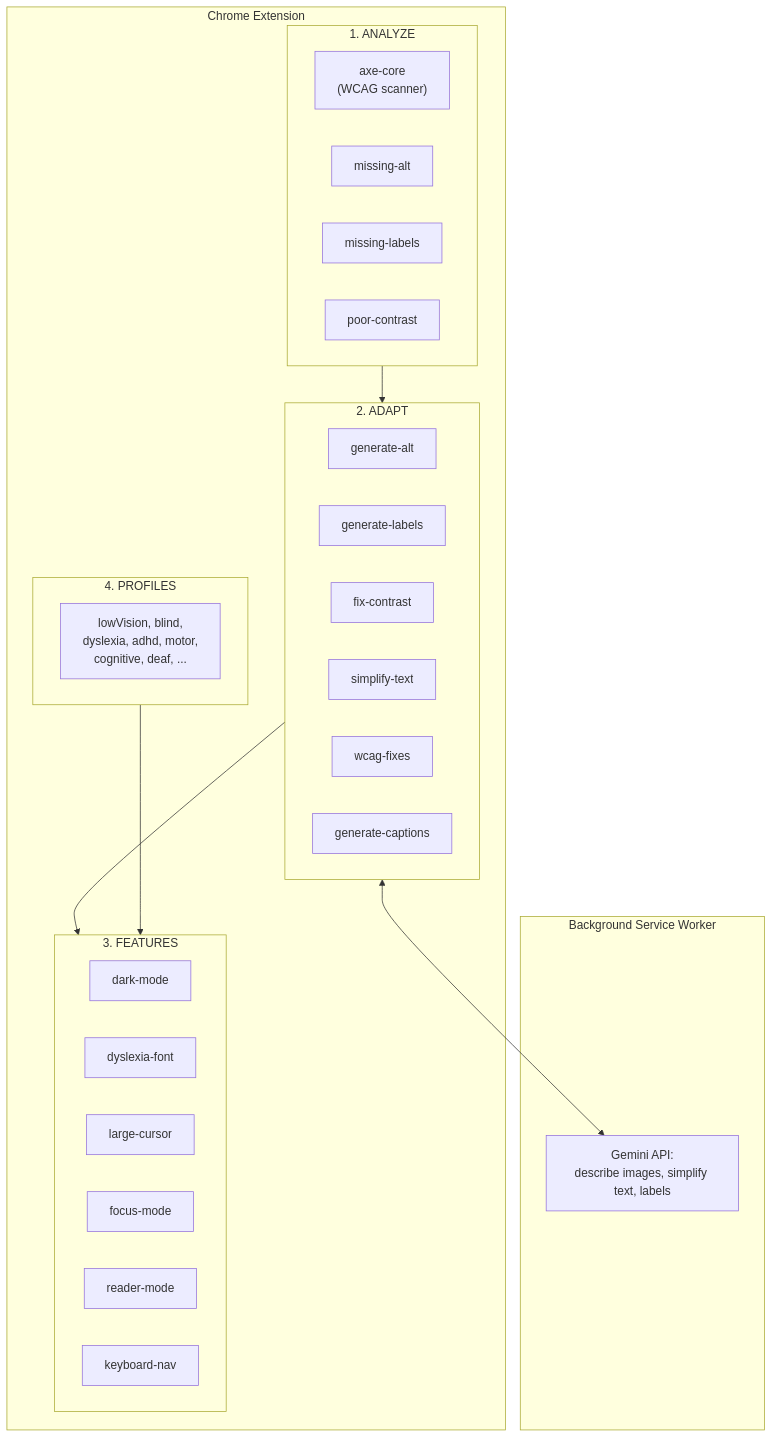
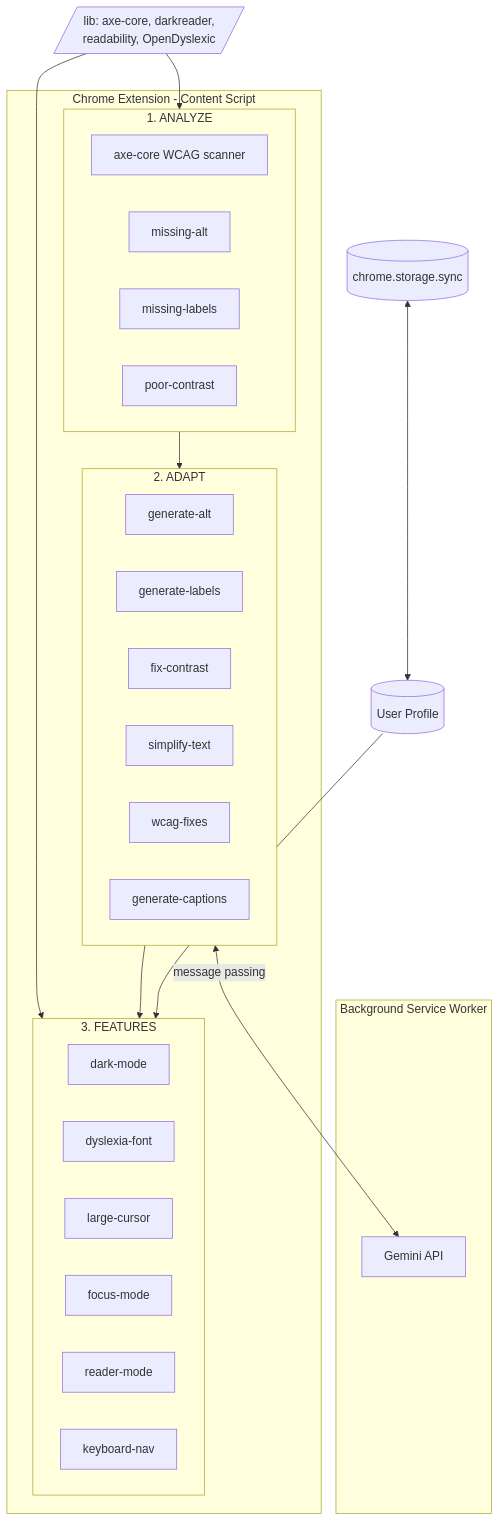
One commit to AI-for-Accessibility-Collective/AI-for-Accessibility-Toolkit changed the diagram in docs/architecture.md. Above: the diagram before and after it, drawn with Mermaid. The commit also changed other lines of this file and 1 other file, not shown here.

Commit message:
Fix Mermaid diagrams and update team info from Agent Cards

````diff
--- a/docs/architecture.md
+++ b/docs/architecture.md
@@ -21,42 +21,45 @@
 ```mermaid
 flowchart TB
-    subgraph Extension["Chrome Extension"]
-        subgraph Analyze["1. ANALYZE"]
-            AXE["axe-core<br/>(WCAG scanner)"]
-            AN1["missing-alt"]
-            AN2["missing-labels"]
-            AN3["poor-contrast"]
+    subgraph Extension[Chrome Extension - Content Script]
+        subgraph Analyze[1. ANALYZE]
+            AXE[axe-core WCAG scanner]
+            AN1[missing-alt]
+            AN2[missing-labels]
+            AN3[poor-contrast]
         end
         
-        subgraph Adapt["2. ADAPT"]
-            AD1["generate-alt"]
-            AD2["generate-labels"]
-            AD3["fix-contrast"]
-            AD4["simplify-text"]
-            AD5["wcag-fixes"]
-            AD6["generate-captions"]
+        subgraph Adapt[2. ADAPT]
+            AD1[generate-alt]
+            AD2[generate-labels]
+            AD3[fix-contrast]
+            AD4[simplify-text]
+            AD5[wcag-fixes]
+            AD6[generate-captions]
         end
         
-        subgraph Features["3. FEATURES"]
-            F1["dark-mode"]
-            F2["dyslexia-font"]
-            F3["large-cursor"]
-            F4["focus-mode"]
-            F5["reader-mode"]
-            F6["keyboard-nav"]
-        end
-        
-        subgraph Profiles["4. PROFILES"]
-            P["lowVision, blind,<br/>dyslexia, adhd, motor,<br/>cognitive, deaf, ..."]
+        subgraph Features[3. FEATURES]
+            F1[dark-mode]
+            F2[dyslexia-font]
+            F3[large-cursor]
+            F4[focus-mode]
+            F5[reader-mode]
+            F6[keyboard-nav]
         end
     end
     
-    subgraph Background["Background Service Worker"]
-        API["Gemini API:<br/>describe images, simplify text, labels"]
+    subgraph Background[Background Service Worker]
+        API[Gemini API]
     end
     
+    Storage[(chrome.storage.sync)]
+    Profile[(User Profile)]
+    Libs[/lib: axe-core, darkreader,<br/>readability, OpenDyslexic/]
+    
+    Libs --> Analyze
+    Libs --> Features
     Analyze --> Adapt
     Adapt --> Features
-    Profiles --> Features
-    Adapt <--> API
+    Profile --> Features
+    Storage <--> Profile
+    Adapt <-->|message passing| API
 ```
````
